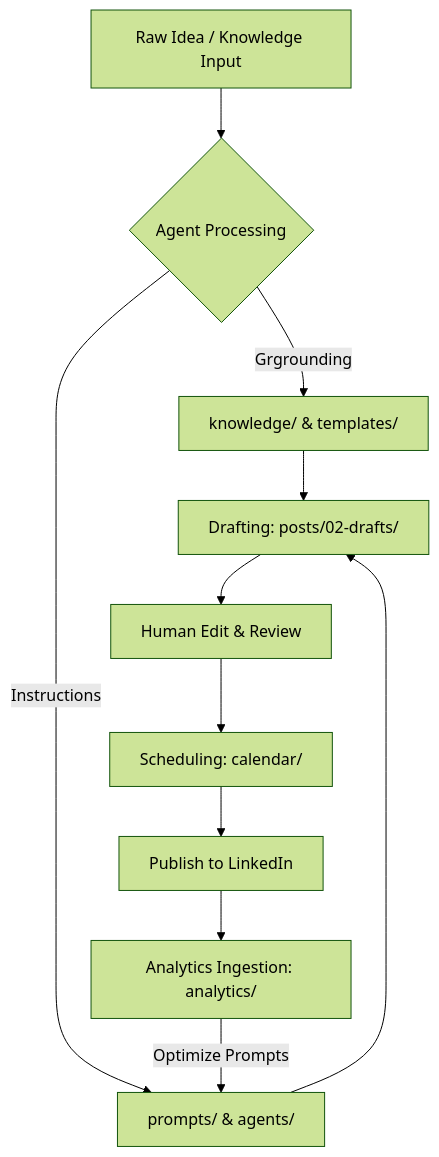
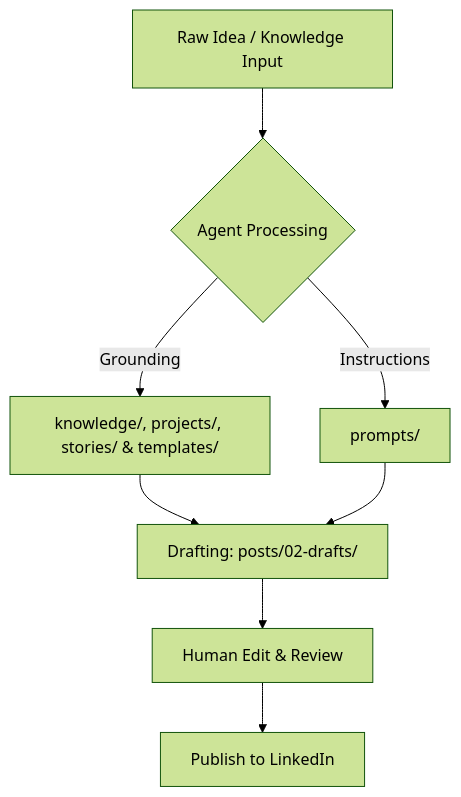
One commit to abdulrahmanhussin1/linkedin-content-os changed the diagram in README.md. Above: the diagram before and after it, drawn with Mermaid (forest theme). The commit also changed other lines of this file and 31 other files, not shown here.

````diff
--- a/README.md
+++ b/README.md
@@ -55,12 +45,9 @@
 ```mermaid
 graph TD
     A[Raw Idea / Knowledge Input] --> B{Agent Processing}
-    B -->|Grgrounding| C[knowledge/ & templates/]
-    B -->|Instructions| D[prompts/ & agents/]
+    B -->|Grounding| C[knowledge/, projects/, stories/ & templates/]
+    B -->|Instructions| D[prompts/]
     C & D --> E[Drafting: posts/02-drafts/]
     E --> F[Human Edit & Review]
-    F --> G[Scheduling: calendar/]
-    G --> H[Publish to LinkedIn]
-    H --> I[Analytics Ingestion: analytics/]
-    I -->|Optimize Prompts| D
+    F --> G[Publish to LinkedIn]
 ```
````
